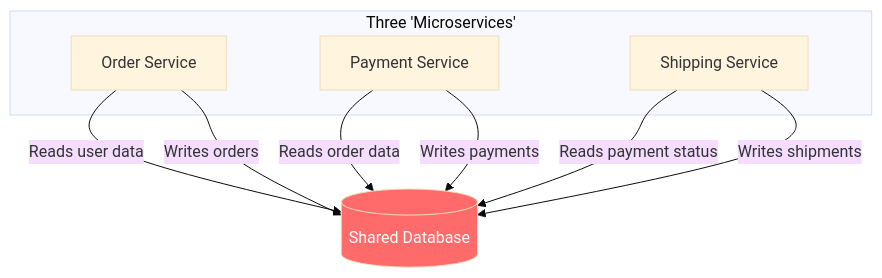
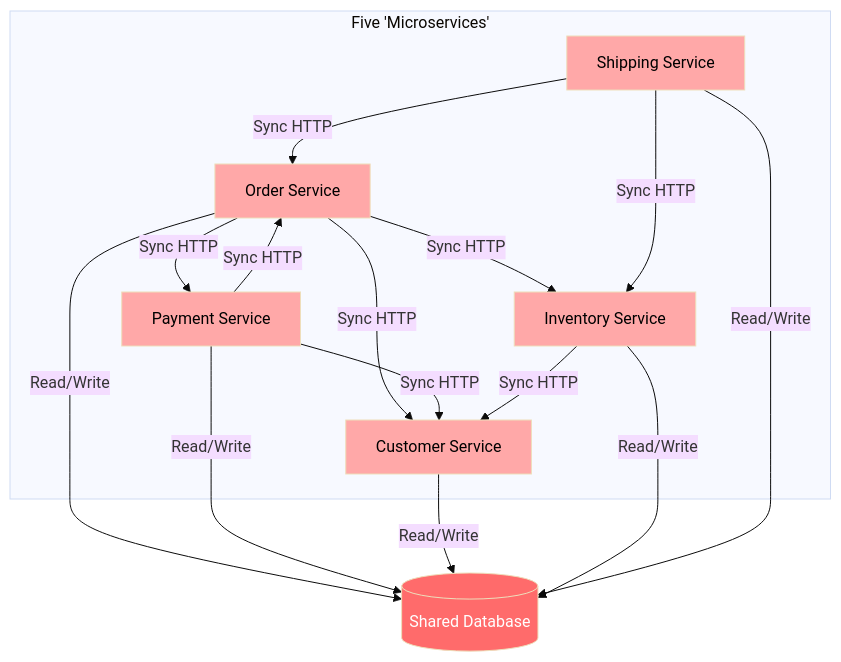
The first of 8 diagrams in coupling-in-practice.md (anaerobic/coupling), drawn with Mermaid (base theme) before and after one commit. The commit also changed other lines of this file, not shown here.

First line of the commit message:
Improve Scenario 1 distributed monolith, add Scenario 5 service-based architecture

````diff
--- a/coupling-in-practice.md
+++ b/coupling-in-practice.md
@@ -23,17 +23,32 @@
 ```mermaid
 flowchart TD
-    subgraph services ["Three 'Microservices'"]
+    subgraph services ["Five 'Microservices'"]
         OS[Order Service]
         PS[Payment Service]
+        CS[Customer Service]
+        IS[Inventory Service]
         SS[Shipping Service]
     end
     
-    OS -->|"Reads user data"| DB[(Shared Database)]
-    PS -->|"Reads order data"| DB
-    SS -->|"Reads payment status"| DB
-    OS -->|"Writes orders"| DB
-    PS -->|"Writes payments"| DB
-    SS -->|"Writes shipments"| DB
+    OS -->|"Sync HTTP"| PS
+    OS -->|"Sync HTTP"| CS
+    OS -->|"Sync HTTP"| IS
+    PS -->|"Sync HTTP"| CS
+    PS -->|"Sync HTTP"| OS
+    SS -->|"Sync HTTP"| OS
+    SS -->|"Sync HTTP"| IS
+    IS -->|"Sync HTTP"| CS
+    
+    OS -->|"Read/Write"| DB[(Shared Database)]
+    PS -->|"Read/Write"| DB
+    CS -->|"Read/Write"| DB
+    IS -->|"Read/Write"| DB
+    SS -->|"Read/Write"| DB
     
     style DB fill:#ff6b6b,color:#fff
+    style OS fill:#ffa8a8,color:#000
+    style PS fill:#ffa8a8,color:#000
+    style CS fill:#ffa8a8,color:#000
+    style IS fill:#ffa8a8,color:#000
+    style SS fill:#ffa8a8,color:#000
 ```
````
